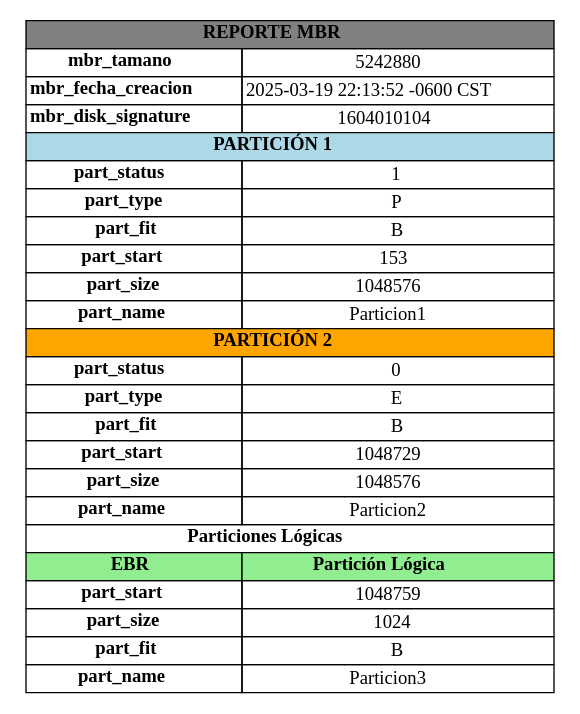
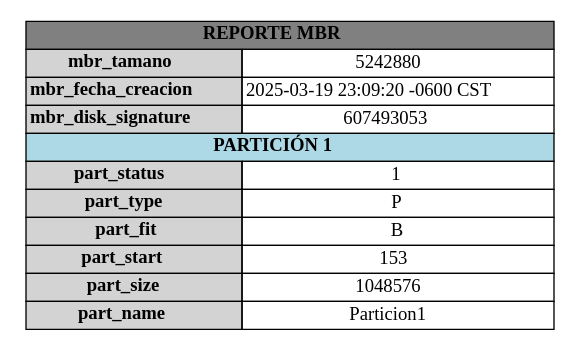
Before and after one commit to Ennero/MIA_1S2025_P1_202302220: the diagram in backend/output/report_mbr.dot, drawn with Graphviz. The commit also changed 6 other files, not shown here.

```diff
--- a/backend/output/report_mbr.dot
+++ b/backend/output/report_mbr.dot
@@ -1,31 +1,17 @@
 digraph G {
-        node [shape=plaintext]
-        tabla [label=<
-            <table border="0" cellborder="1" cellspacing="0">
-                <tr><td colspan="2" bgcolor="gray"><b> REPORTE MBR </b></td></tr>
-                <tr><td><b>mbr_tamano</b></td><td>5242880</td></tr>
-                <tr><td><b>mbr_fecha_creacion</b></td><td>2025-03-19 22:13:52 -0600 CST</td></tr>
-                <tr><td><b>mbr_disk_signature</b></td><td>1604010104</td></tr>
-            
-				<tr><td colspan="2" bgcolor="lightblue"><b> PARTICIÓN 1 </b></td></tr>
-				<tr><td><b>part_status</b></td><td>1</td></tr>
-				<tr><td><b>part_type</b></td><td>P</td></tr>
-				<tr><td><b>part_fit</b></td><td>B</td></tr>
-				<tr><td><b>part_start</b></td><td>153</td></tr>
-				<tr><td><b>part_size</b></td><td>1048576</td></tr>
-				<tr><td><b>part_name</b></td><td>Particion1</td></tr>
-			
-				<tr><td colspan="2" bgcolor="orange"><b> PARTICIÓN 2 </b></td></tr>
-				<tr><td><b>part_status</b></td><td>0</td></tr>
-				<tr><td><b>part_type</b></td><td>E</td></tr>
-				<tr><td><b>part_fit</b></td><td>B</td></tr>
-				<tr><td><b>part_start</b></td><td>1048729</td></tr>
-				<tr><td><b>part_size</b></td><td>1048576</td></tr>
-				<tr><td><b>part_name</b></td><td>Particion2</td></tr>
-			<tr><td colspan="2"><b>Particiones Lógicas</b></td></tr>
-					<tr><td bgcolor="lightgreen"><b>EBR</b></td><td bgcolor="lightgreen"><b>Partición Lógica</b></td></tr>
-					<tr><td><b>part_start</b></td><td>1048759</td></tr>
-					<tr><td><b>part_size</b></td><td>1024</td></tr>
-					<tr><td><b>part_fit</b></td><td>B</td></tr>
-					<tr><td><b>part_name</b></td><td>Particion3</td></tr>
-				</table>>] }
+    node [shape=plaintext]
+    tabla [label=<
+        <table border="0" cellborder="1" cellspacing="0">
+            <tr><td colspan="2" bgcolor="gray"><b> REPORTE MBR </b></td></tr>
+            <tr><td bgcolor="lightgray"><b>mbr_tamano</b></td><td>5242880</td></tr>
+            <tr><td bgcolor="lightgray"><b>mbr_fecha_creacion</b></td><td>2025-03-19 23:09:20 -0600 CST</td></tr>
+            <tr><td bgcolor="lightgray"><b>mbr_disk_signature</b></td><td>607493053</td></tr>
+        
+        <tr><td colspan="2" bgcolor="lightblue"><b> PARTICIÓN 1 </b></td></tr>
+        <tr><td bgcolor="lightgray"><b>part_status</b></td><td>1</td></tr>
+        <tr><td bgcolor="lightgray"><b>part_type</b></td><td>P</td></tr>
+        <tr><td bgcolor="lightgray"><b>part_fit</b></td><td>B</td></tr>
+        <tr><td bgcolor="lightgray"><b>part_start</b></td><td>153</td></tr>
+        <tr><td bgcolor="lightgray"><b>part_size</b></td><td>1048576</td></tr>
+        <tr><td bgcolor="lightgray"><b>part_name</b></td><td>Particion1</td></tr>
+    </table>>] }
```
